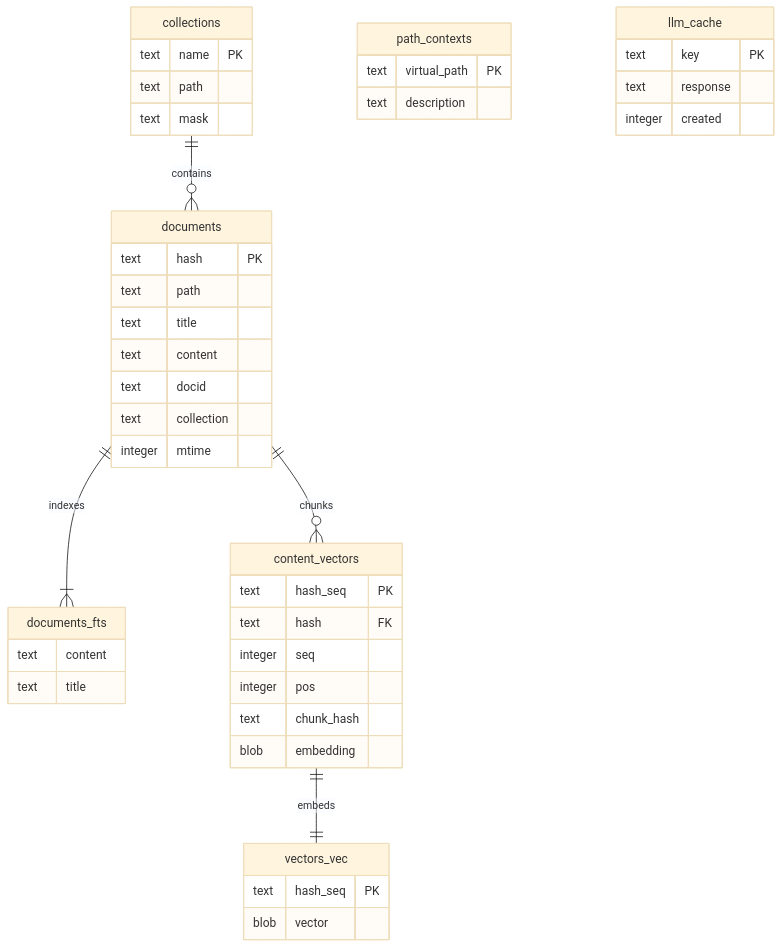
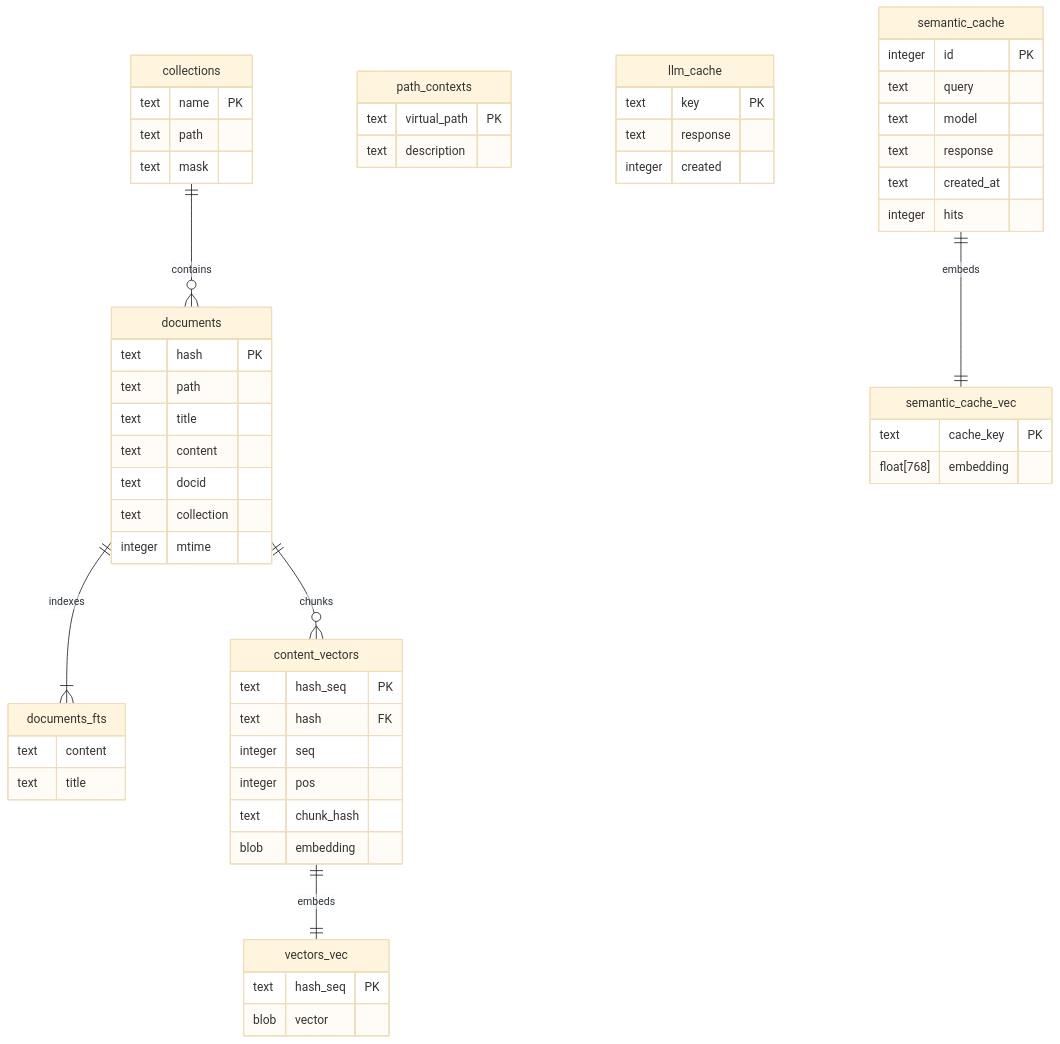
The third of 5 diagrams in README.md (ambicuity/KINDX), drawn with Mermaid (base theme) before and after one commit. The commit also changed other lines of this file and 4 other files, not shown here.

First line of the commit message:
feat(engine): implement semantic query cache for expansion (#91)

````diff
--- a/README.md
+++ b/README.md
@@ -721,47 +725,60 @@
 ```mermaid
 erDiagram
     collections {
         text name PK
         text path
         text mask
     }
     path_contexts {
         text virtual_path PK
         text description
     }
     documents {
         text hash PK
         text path
         text title
         text content
         text docid
         text collection
         integer mtime
     }
     documents_fts {
         text content
         text title
     }
     content_vectors {
         text hash_seq PK
         text hash FK
         integer seq
         integer pos
         text chunk_hash
         blob embedding
     }
     vectors_vec {
         text hash_seq PK
         blob vector
     }
     llm_cache {
         text key PK
         text response
         integer created
     }
+    semantic_cache {
+        integer id PK
+        text query
+        text model
+        text response
+        text created_at
+        integer hits
+    }
+    semantic_cache_vec {
+        text cache_key PK
+        float[768] embedding
+    }
 
     collections ||--o{ documents : contains
     documents ||--|{ documents_fts : indexes
     documents ||--o{ content_vectors : chunks
     content_vectors ||--|| vectors_vec : embeds
+    semantic_cache ||--|| semantic_cache_vec : embeds
 ```
````
